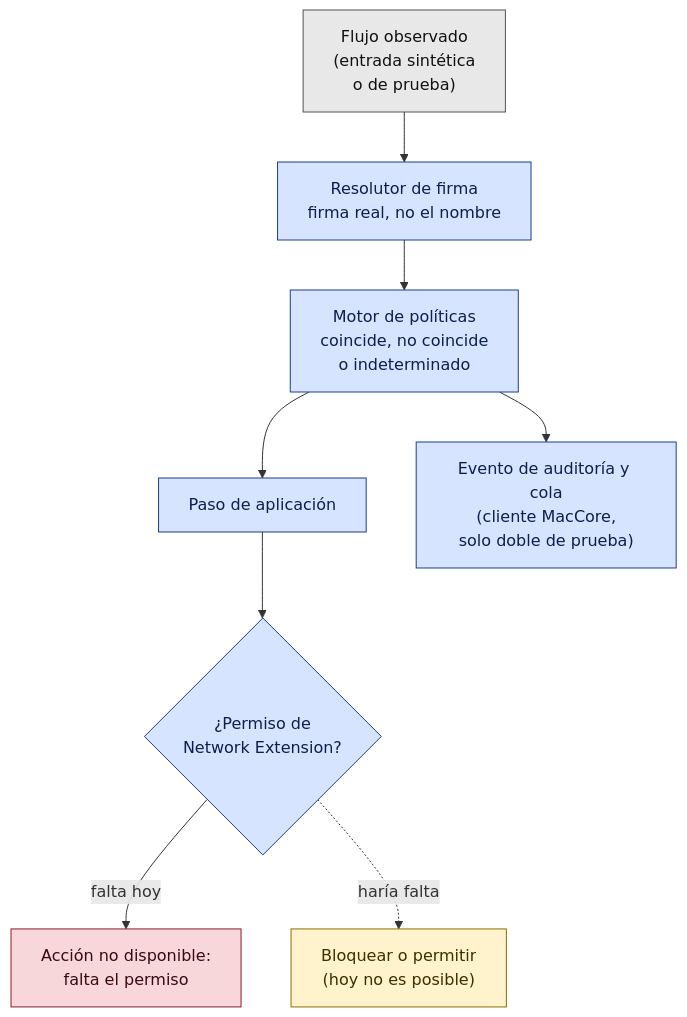
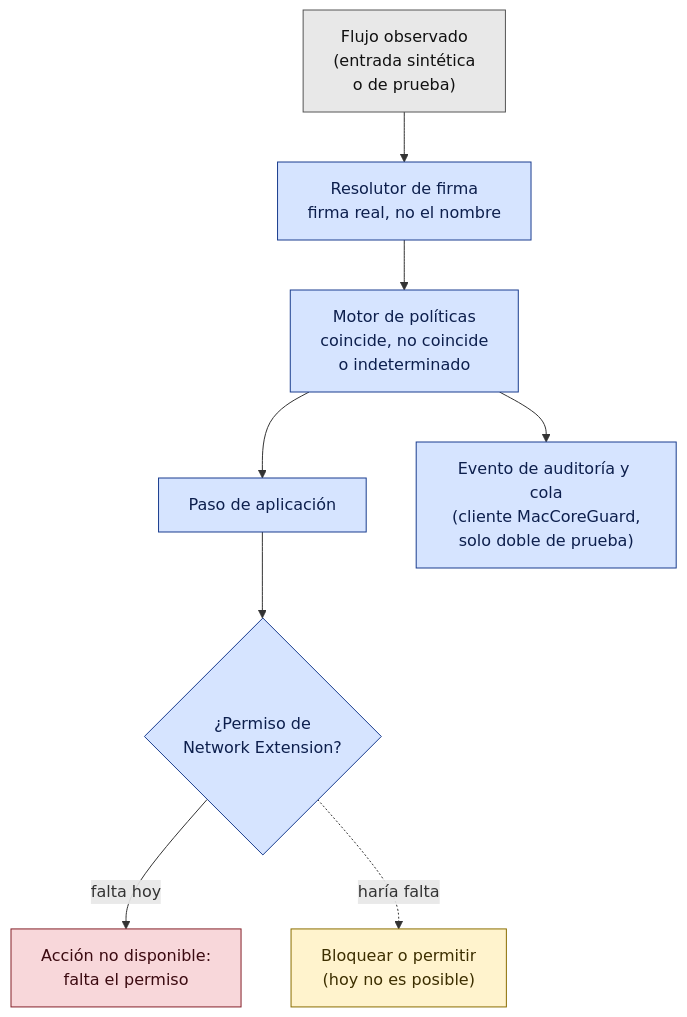
One commit to MacGuard/macguard-yara-channel changed the diagram in docs/wiki/diagrams/firewall-decision.es.mmd. Above: the diagram before and after it, drawn with Mermaid. The commit also changed 25 other files, not shown here.

```diff
--- a/docs/wiki/diagrams/firewall-decision.es.mmd
+++ b/docs/wiki/diagrams/firewall-decision.es.mmd
@@ -1,12 +1,12 @@
 flowchart TB
   A["Flujo observado<br/>(entrada sintética<br/>o de prueba)"]:::inp --> B["Resolutor de firma<br/>firma real, no el nombre"]:::ok
   B --> C["Motor de políticas<br/>coincide, no coincide<br/>o indeterminado"]:::ok
   C --> D["Paso de aplicación"]:::ok
   D --> E{"¿Permiso de<br/>Network Extension?"}:::ok
   E -- "falta hoy" --> F["Acción no disponible:<br/>falta el permiso"]:::blocked
   E -. "haría falta" .-> G["Bloquear o permitir<br/>(hoy no es posible)"]:::plan
-  C --> H["Evento de auditoría y cola<br/>(cliente MacCore,<br/>solo doble de prueba)"]:::ok
+  C --> H["Evento de auditoría y cola<br/>(cliente MacCoreGuard,<br/>solo doble de prueba)"]:::ok
   classDef inp fill:#e8e8e8,stroke:#555555,color:#111111
   classDef ok fill:#d6e4ff,stroke:#1a3d8f,color:#0d1f4d
   classDef blocked fill:#f8d7da,stroke:#842029,color:#3b0a10
   classDef plan fill:#fff3cd,stroke:#8a6d00,color:#3d2f00
```
